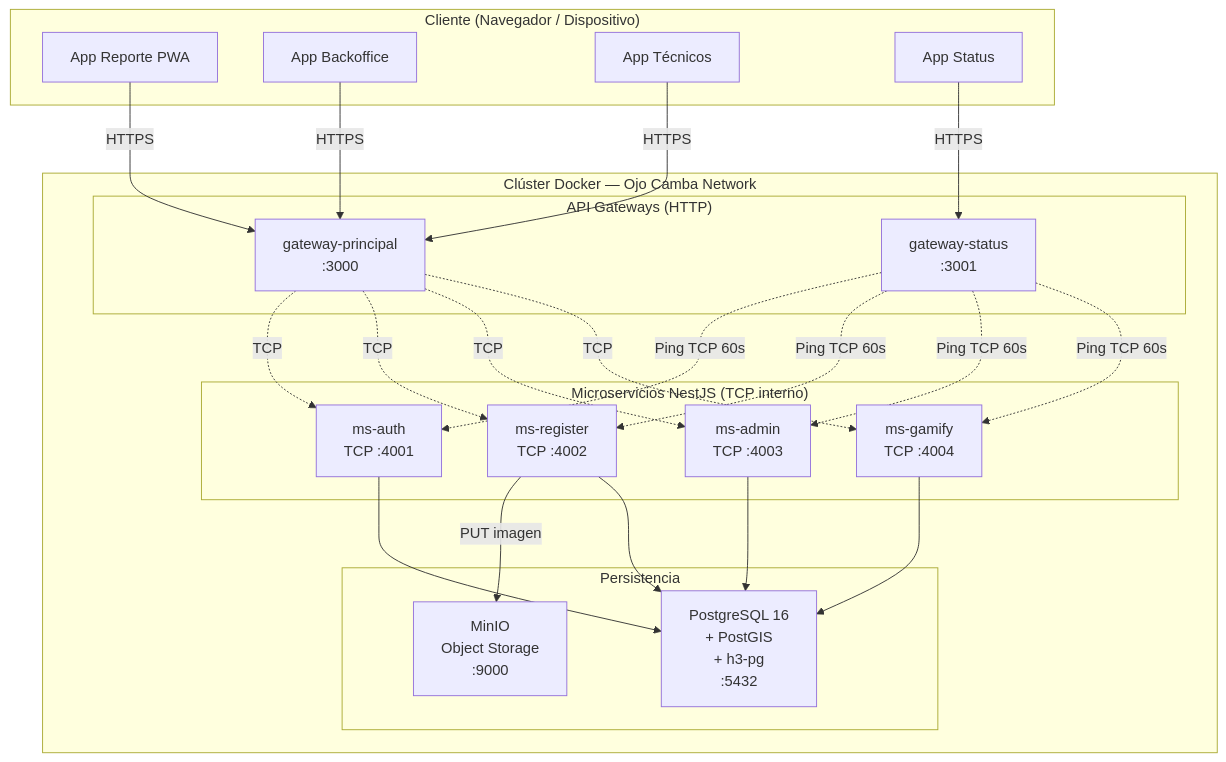
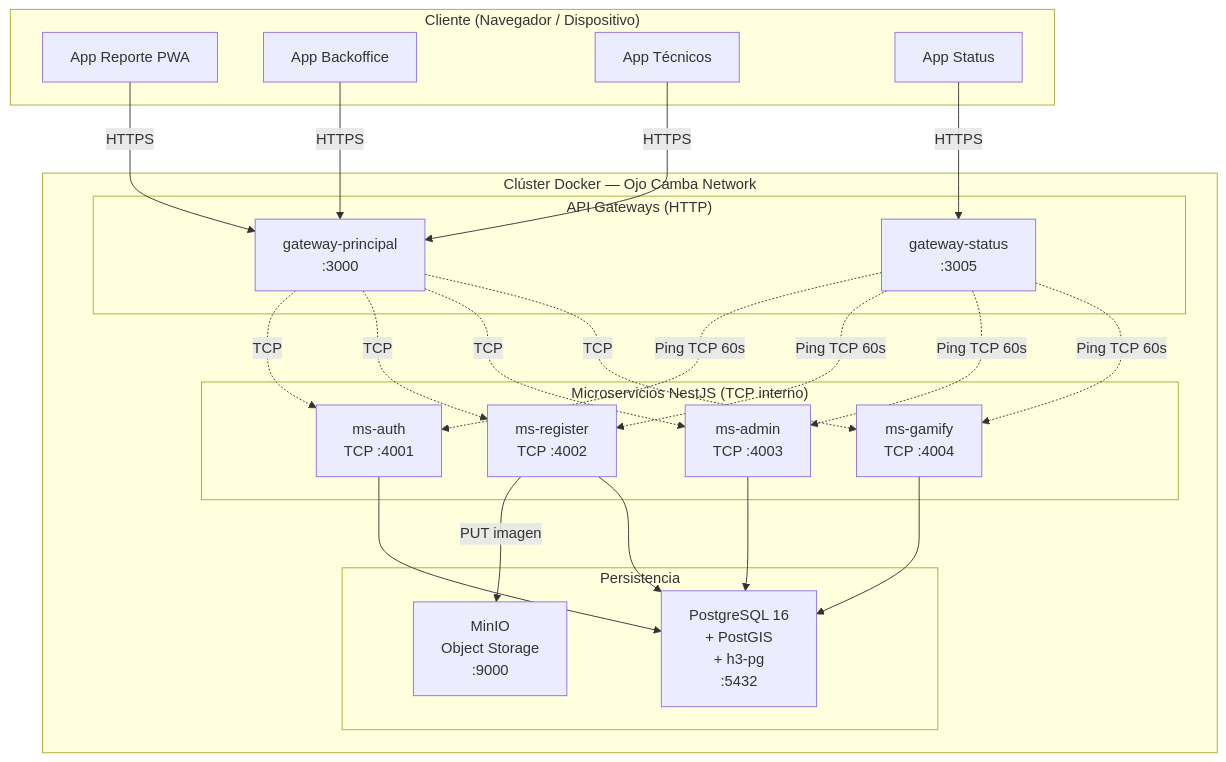
One commit to jhoel0521/Ojo-Camba changed the fifth of 5 diagrams in docs/diagramas_uml.md. Above: the diagram before and after it, drawn with Mermaid. The commit also changed 4 other files, not shown here.

````diff
--- a/docs/diagramas_uml.md
+++ b/docs/diagramas_uml.md
@@ -247,49 +247,49 @@
 ```mermaid
 graph TD
     subgraph Cliente["Cliente (Navegador / Dispositivo)"]
         PWA["App Reporte PWA"]
         BackOffice["App Backoffice"]
         AppTec["App Técnicos"]
         AppStatus["App Status"]
     end
 
     subgraph Docker_Cluster["Clúster Docker — Ojo Camba Network"]
         subgraph Gateways["API Gateways (HTTP)"]
             GWP["gateway-principal\n:3000"]
-            GWS["gateway-status\n:3001"]
+            GWS["gateway-status\n:3005"]
         end
 
         subgraph Microservicios["Microservicios NestJS (TCP interno)"]
             MSAuth["ms-auth\nTCP :4001"]
             MSReg["ms-register\nTCP :4002"]
             MSAdmin["ms-admin\nTCP :4003"]
             MSGamify["ms-gamify\nTCP :4004"]
         end
 
         subgraph Almacenamiento["Persistencia"]
             PG["PostgreSQL 16\n+ PostGIS\n+ h3-pg\n:5432"]
             MINIO["MinIO\nObject Storage\n:9000"]
         end
     end
 
     PWA -->|HTTPS| GWP
     BackOffice -->|HTTPS| GWP
     AppTec -->|HTTPS| GWP
     AppStatus -->|HTTPS| GWS
 
     GWP -.->|TCP| MSAuth
     GWP -.->|TCP| MSReg
     GWP -.->|TCP| MSAdmin
     GWP -.->|TCP| MSGamify
 
     GWS -.->|Ping TCP 60s| MSAuth
     GWS -.->|Ping TCP 60s| MSReg
     GWS -.->|Ping TCP 60s| MSAdmin
     GWS -.->|Ping TCP 60s| MSGamify
 
     MSReg -->|PUT imagen| MINIO
     MSAuth --> PG
     MSReg --> PG
     MSAdmin --> PG
     MSGamify --> PG
 ```
````
